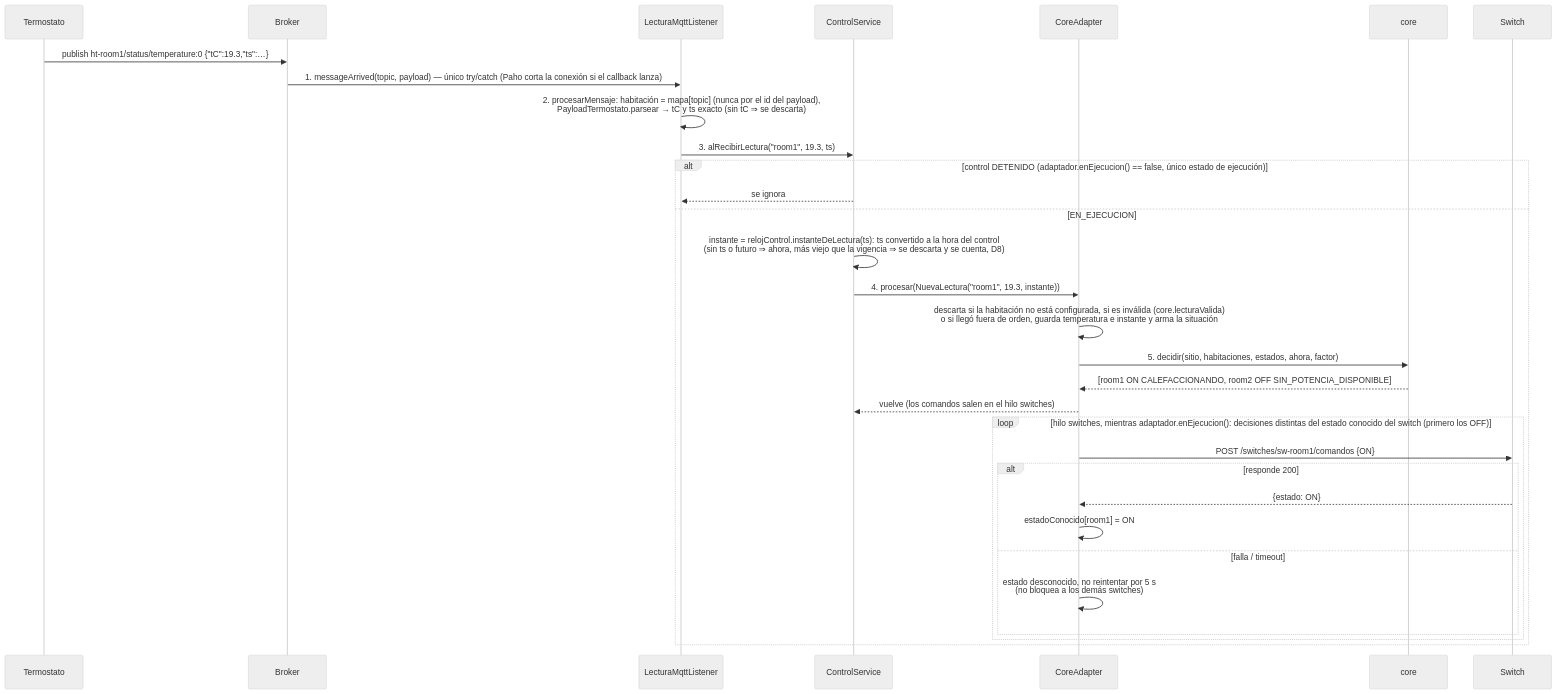
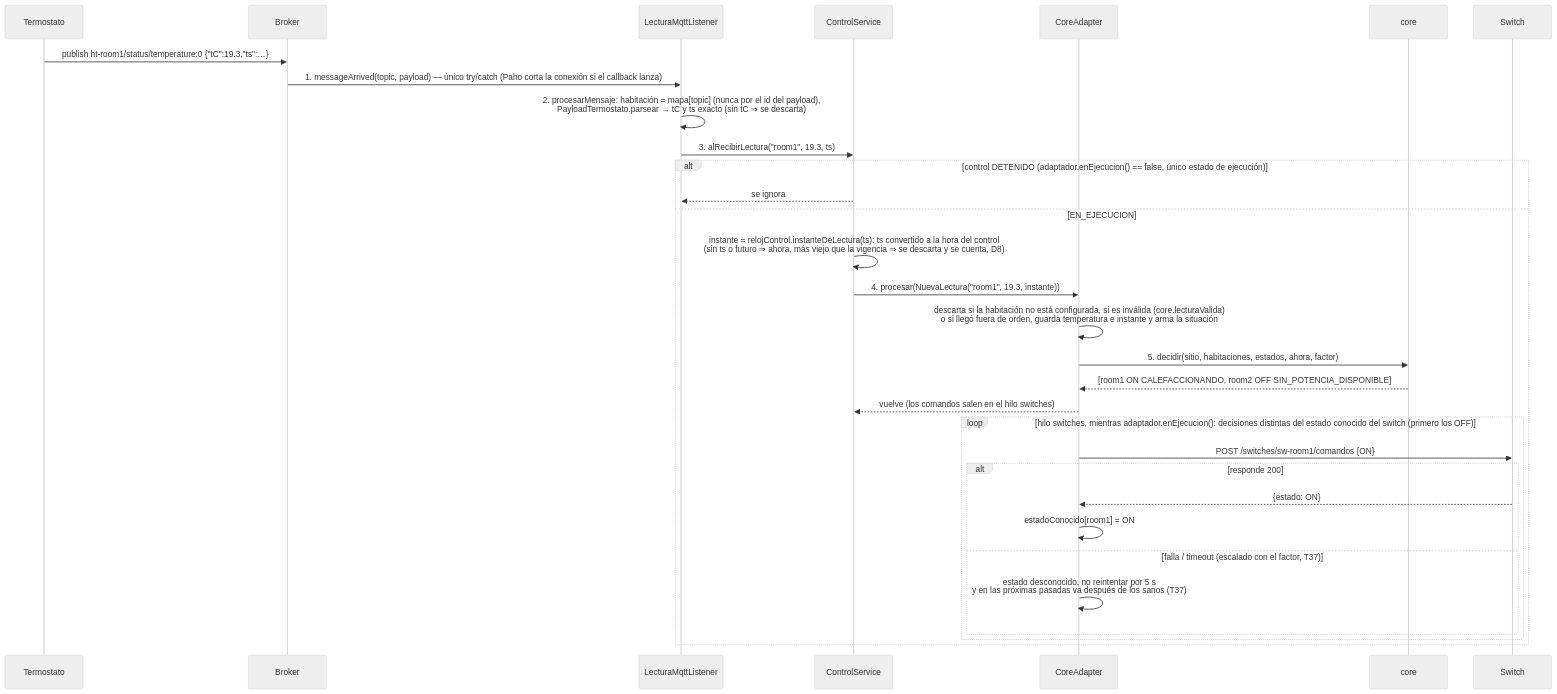
Before and after one commit to BrayanBCode/iiss-2026-grupo-4: the fifth of 10 diagrams in docs/arquitectura/4mas1.md, drawn with Mermaid (neutral theme). The commit also changed other lines of this file and 13 other files, not shown here.

Commit message:
engine: un switch colgado no traba a los demás: timeout en tiempo de control y sanos primero (T37)

````diff
--- a/docs/arquitectura/4mas1.md
+++ b/docs/arquitectura/4mas1.md
@@ -449,34 +449,34 @@
 ```mermaid
 sequenceDiagram
     participant T as Termostato
     participant B as Broker
     participant Mq as LecturaMqttListener
     participant Ctl as ControlService
     participant Ad as CoreAdapter
     participant Core as core
     participant Sw as Switch
 
     T->>B: publish ht-room1/status/temperature:0 {"tC":19.3,"ts":…}
     B->>Mq: 1. messageArrived(topic, payload) — único try/catch (Paho corta la conexión si el callback lanza)
     Mq->>Mq: 2. procesarMensaje: habitación = mapa[topic] (nunca por el id del payload),<br/>PayloadTermostato.parsear → tC y ts exacto (sin tC ⇒ se descarta)
     Mq->>Ctl: 3. alRecibirLectura("room1", 19.3, ts)
     alt control DETENIDO (adaptador.enEjecucion() == false, único estado de ejecución)
         Ctl-->>Mq: se ignora
     else EN_EJECUCION
         Ctl->>Ctl: instante = relojControl.instanteDeLectura(ts): ts convertido a la hora del control<br/>(sin ts o futuro ⇒ ahora, más viejo que la vigencia ⇒ se descarta y se cuenta, D8)
         Ctl->>Ad: 4. procesar(NuevaLectura("room1", 19.3, instante))
         Ad->>Ad: descarta si la habitación no está configurada, si es inválida (core.lecturaValida)<br/>o si llegó fuera de orden, guarda temperatura e instante y arma la situación
         Ad->>Core: 5. decidir(sitio, habitaciones, estados, ahora, factor)
         Core-->>Ad: [room1 ON CALEFACCIONANDO, room2 OFF SIN_POTENCIA_DISPONIBLE]
         Ad-->>Ctl: vuelve (los comandos salen en el hilo switches)
         loop hilo switches, mientras adaptador.enEjecucion(): decisiones distintas del estado conocido del switch (primero los OFF)
             Ad->>Sw: POST /switches/sw-room1/comandos {ON}
             alt responde 200
                 Sw-->>Ad: {estado: ON}
                 Ad->>Ad: estadoConocido[room1] = ON
-            else falla / timeout
-                Ad->>Ad: estado desconocido, no reintentar por 5 s<br/>(no bloquea a los demás switches)
+            else falla / timeout (escalado con el factor, T37)
+                Ad->>Ad: estado desconocido, no reintentar por 5 s<br/>y en las próximas pasadas va después de los sanos (T37)
             end
         end
     end
 ```
````
